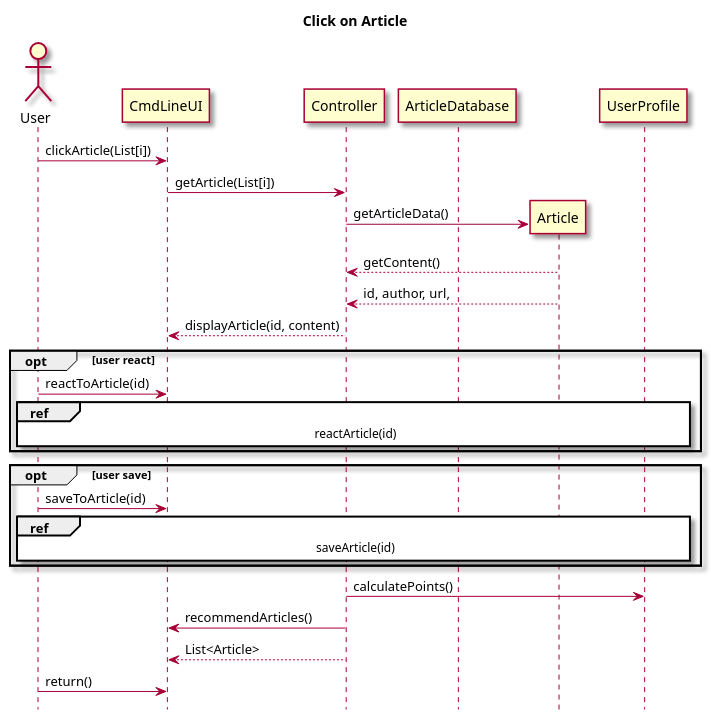
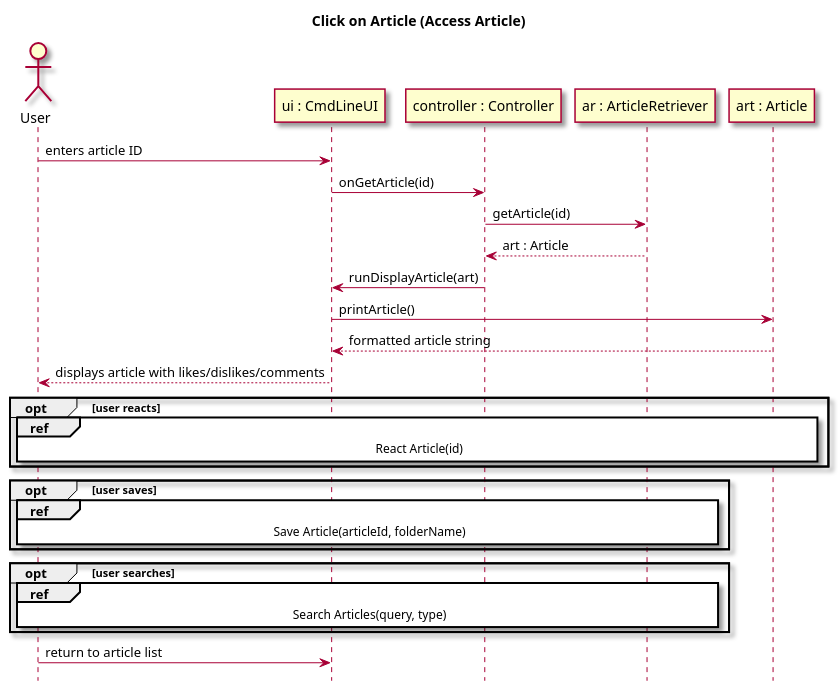
One commit to owhitleym-ui/EcoScoop changed the third of 3 diagrams in intellij/doc/use-cases/access-article.md. Above: the diagram before and after it, drawn with PlantUML. The commit also changed other lines of this file and 8 other files, not shown here.

Commit message:
Updated Sequence Diagrams

````diff
--- a/intellij/doc/use-cases/access-article.md
+++ b/intellij/doc/use-cases/access-article.md
@@ -96,47 +130,44 @@
 ```plantuml
 @startuml
 
-title Click on Article
+title Click on Article (Access Article)
 skin rose
 hide footbox
 
 actor User as user
-participant CmdLineUI as UI
-participant Controller as controller
-participant ArticleDatabase as AD
+participant "ui : CmdLineUI" as UI
+participant "controller : Controller" as controller
+participant "ar : ArticleRetriever" as AR
+participant "art : Article" as article
 
+user -> UI : enters article ID
+UI -> controller : onGetArticle(id)
+controller -> AR : getArticle(id)
+AR --> controller : art : Article
+controller -> UI : runDisplayArticle(art)
+UI -> article : printArticle()
+article --> UI : formatted article string
+UI --> user : displays article with likes/dislikes/comments
 
-user -> UI : clickArticle(List[i])
-UI -> controller : getArticle(List[i])
-controller -> Article ** : getArticleData()
-
-
-Article --> controller : getContent()
-Article --> controller : id, author, url, 
-controller --> UI :displayArticle(id, content)
-
-participant UserProfile as UP
-
-opt user react
-user -> UI: reactToArticle(id)
-ref over user, controller, UI,UP
-    reactArticle(id)
-    end ref
+opt user reacts
+  ref over user, UI, controller, AR, article
+    React Article(id)
+  end ref
 end
 
-opt user save
-user -> UI: saveToArticle(id)
-ref over user, controller, UI,UP
-    saveArticle(id)
-    end ref
+opt user saves
+  ref over user, UI, controller, AR
+    Save Article(articleId, folderName)
+  end ref
 end
 
-controller -> UP : calculatePoints()
-controller -> UI : recommendArticles()
-controller --> UI: List<Article>
+opt user searches
+  ref over user, UI, controller, AR
+    Search Articles(query, type)
+  end ref
+end
 
-user -> UI: return()
-
+user -> UI : return to article list
 
 @enduml
 ```
````
